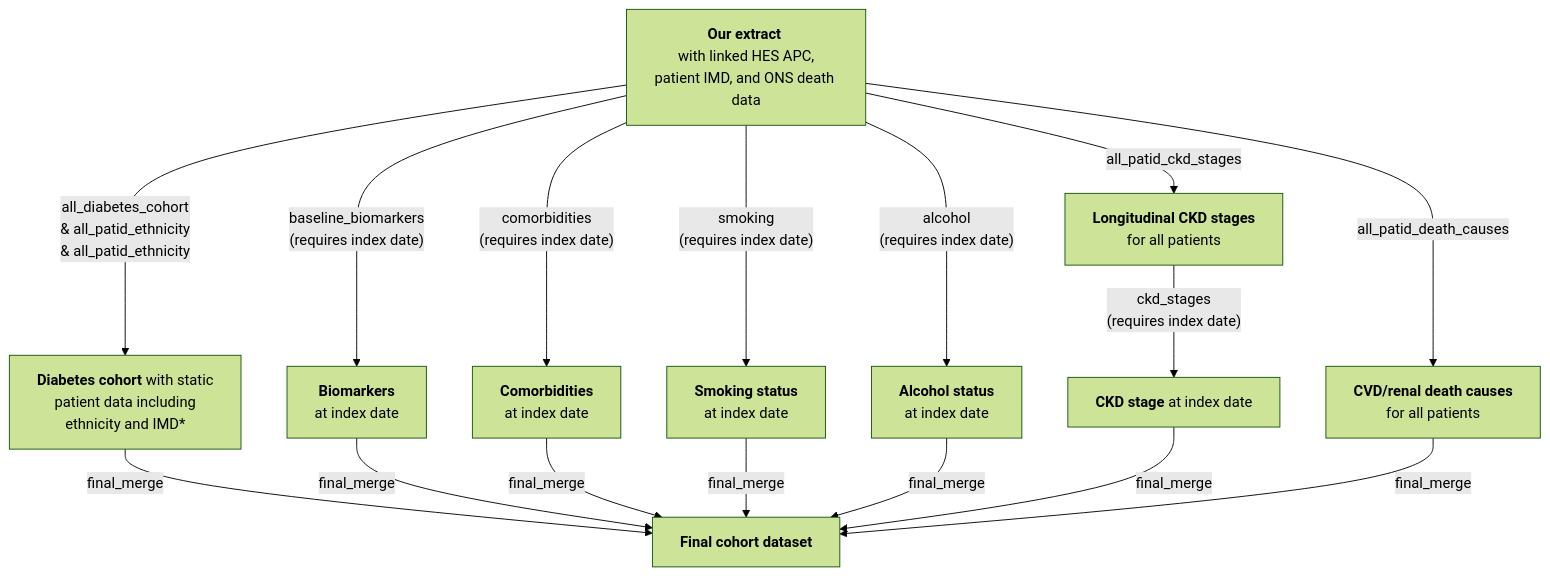
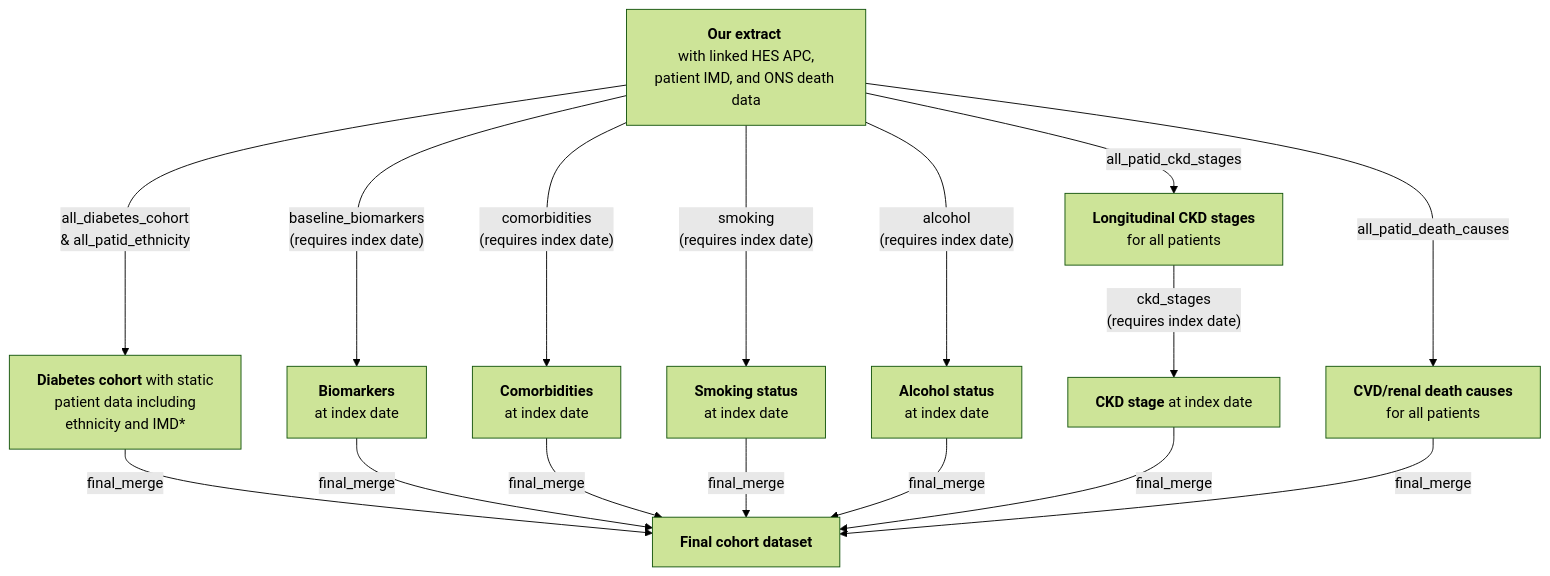
The second of 2 diagrams in README.md (Exeter-Diabetes/CPRD-Cohort-scripts), drawn with Mermaid (forest theme) before and after one commit. The commit also changed other lines of this file, not shown here.

````diff
--- a/README.md
+++ b/README.md
@@ -41,19 +41,19 @@
 ```mermaid
 graph TD;
-    A["<b>Our extract</b> <br> with linked HES APC, patient IMD, and ONS death data"] --> |"all_diabetes_cohort <br> & all_patid_ethnicity<br> & all_patid_ethnicity"|B["<b>Diabetes cohort</b> with static <br> patient data including <br> ethnicity and IMD*"]
+    A["<b>Our extract</b> <br> with linked HES APC, patient IMD, and ONS death data"] --> |"all_diabetes_cohort <br> & all_patid_ethnicity"|B["<b>Diabetes cohort</b> with static <br> patient data including <br> ethnicity and IMD*"]
     A-->|"all_patid_death_causes"|K["<b>CVD/renal death causes</b> <br> for all patients"]
     A-->|"all_patid_ckd_stages"|C["<b>Longitudinal CKD stages</b> <br> for all patients"]
     A-->|"baseline_biomarkers <br> (requires index date)"|E["<b>Biomarkers</b> <br> at index date"]
     A-->|"comorbidities <br> (requires index date)"|F["<b>Comorbidities</b> <br> at index date"]
     A-->|"smoking <br> (requires index date)"|G["<b>Smoking status</b> <br> at index date"]
     A-->|"alcohol <br> (requires index date)"|H["<b>Alcohol status</b> <br> at index date"]
     C-->|"ckd_stages <br> (requires index date)"|I["<b>CKD stage</b <br> at index date"]
     B-->|"final_merge"|J["<b>Final cohort dataset</b>"]
     E-->|"final_merge"|J
     F-->|"final_merge"|J
     G-->|"final_merge"|J
     H-->|"final_merge"|J
     I-->|"final_merge"|J
     K-->|"final_merge"|J
     
 ```
````
